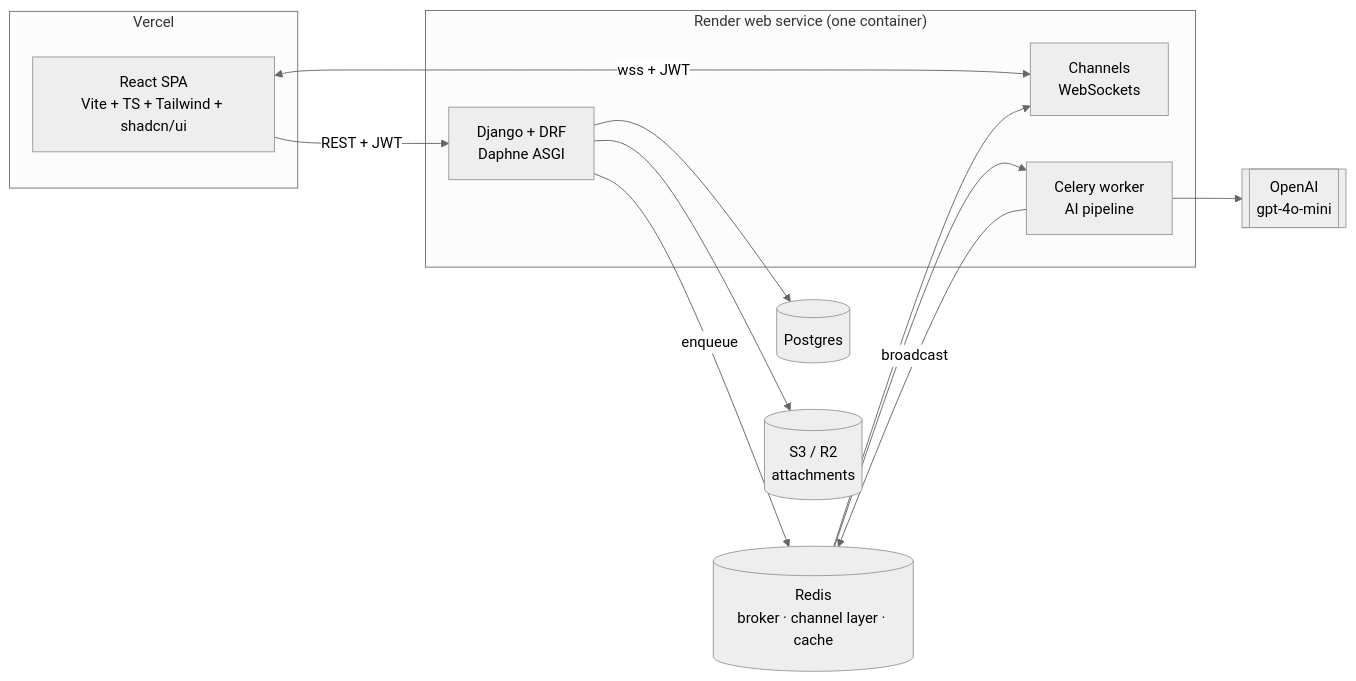
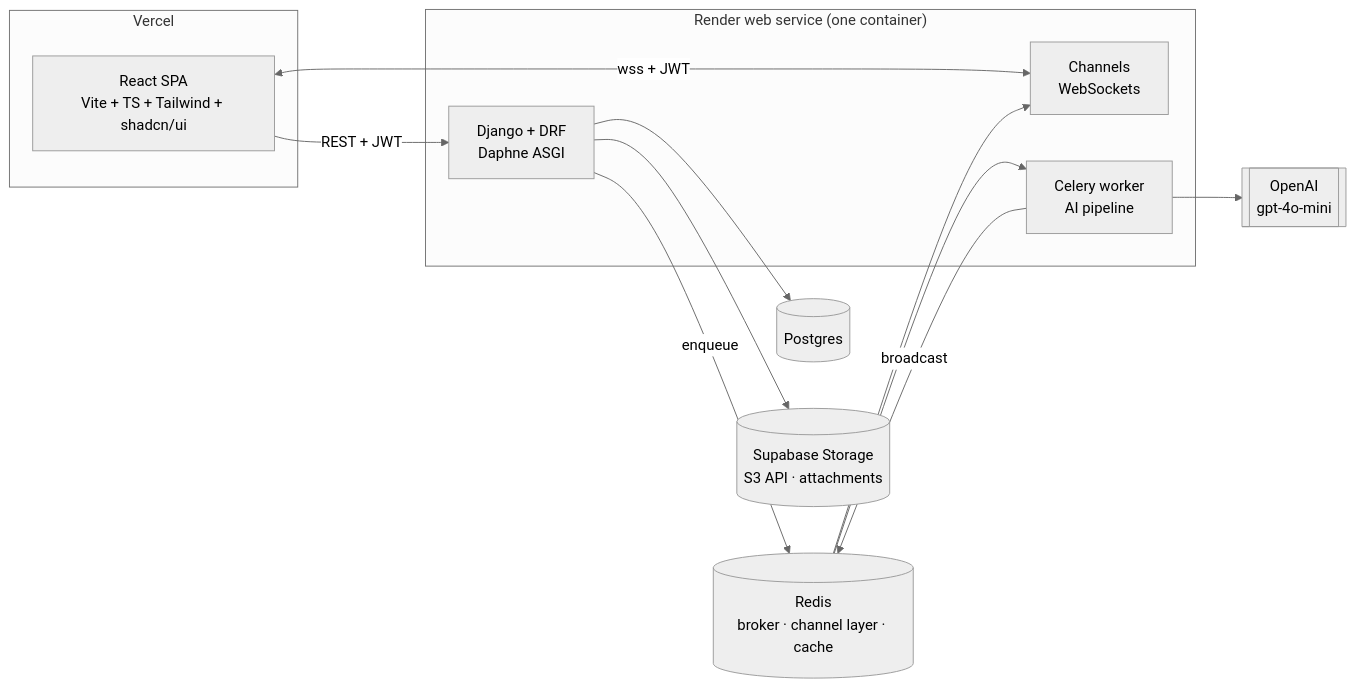
Before and after one commit to HardikoAgarwal/ai-ticketing-system: the diagram in README.md, drawn with Mermaid (neutral theme). The commit also changed other lines of this file and 3 other files, not shown here.

Commit message:
Attachment storage: support Supabase Storage via S3 API (path-style addressing)

````diff
--- a/README.md
+++ b/README.md
@@ -76,23 +76,23 @@
 ```mermaid
 flowchart LR
   subgraph Vercel
     SPA[React SPA<br/>Vite + TS + Tailwind + shadcn/ui]
   end
   subgraph Render["Render web service (one container)"]
     API[Django + DRF<br/>Daphne ASGI]
     WS[Channels<br/>WebSockets]
     W[Celery worker<br/>AI pipeline]
   end
   PG[(Postgres)]
   R[(Redis<br/>broker · channel layer · cache)]
-  S3[(S3 / R2<br/>attachments)]
+  S3[(Supabase Storage<br/>S3 API · attachments)]
   OAI[[OpenAI<br/>gpt-4o-mini]]
 
   SPA -- REST + JWT --> API
   SPA <-- wss + JWT --> WS
   API --> PG
   API -- enqueue --> R --> W
   W --> OAI
   W -- broadcast --> R --> WS
   API --> S3
 ```
````
